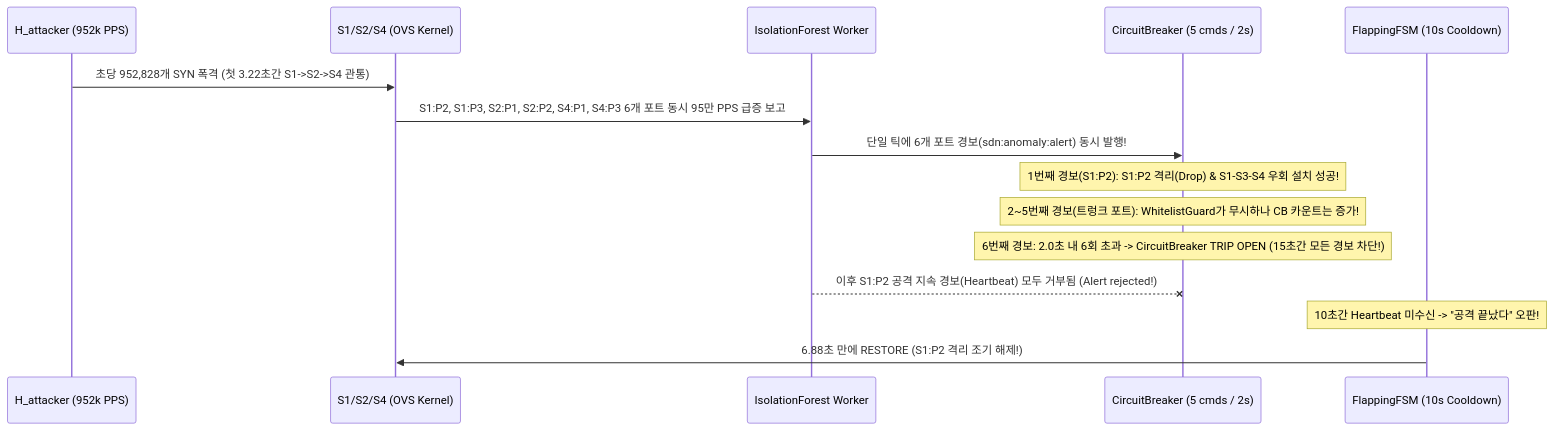
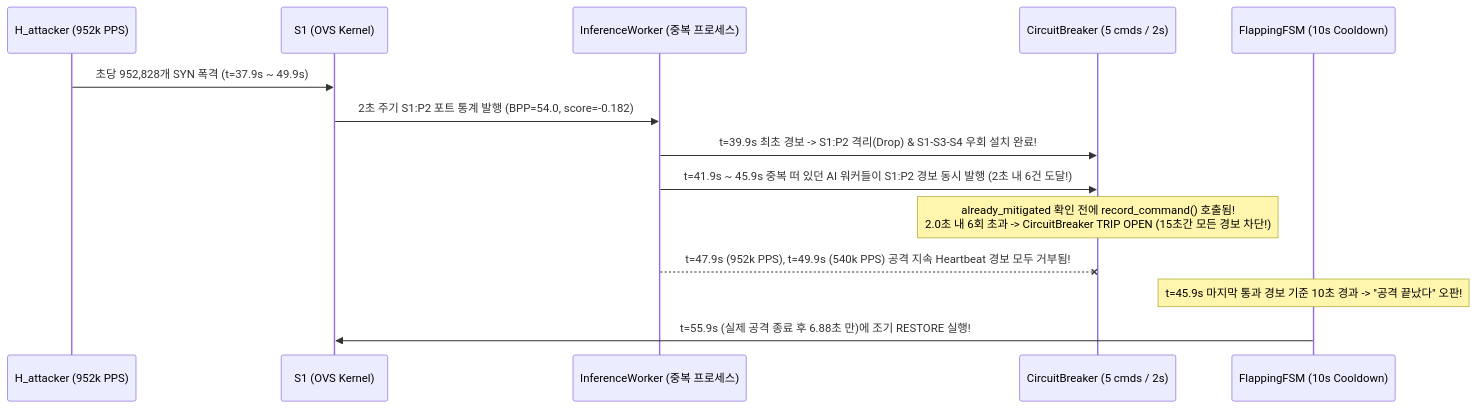
One commit to tlgus1841-ui/Graduation-Project-Design-Drawings changed the diagram in docs/writing/reports/verification/week16_stress_limit_test_report.md. Above: the diagram before and after it, drawn with Mermaid. The commit also changed other lines of this file and 2 other files, not shown here.

````diff
--- a/docs/writing/reports/verification/week16_stress_limit_test_report.md
+++ b/docs/writing/reports/verification/week16_stress_limit_test_report.md
@@ -96,18 +132,17 @@
 ```mermaid
 sequenceDiagram
     participant Attacker as H_attacker (952k PPS)
-    participant OVS as S1/S2/S4 (OVS Kernel)
-    participant AI as IsolationForest Worker
+    participant OVS as S1 (OVS Kernel)
+    participant AI as InferenceWorker (중복 프로세스)
     participant CB as CircuitBreaker (5 cmds / 2s)
     participant FSM as FlappingFSM (10s Cooldown)
 
-    Attacker->>OVS: 초당 952,828개 SYN 폭격 (첫 3.22초간 S1->S2->S4 관통)
-    OVS->>AI: S1:P2, S1:P3, S2:P1, S2:P2, S4:P1, S4:P3 6개 포트 동시 95만 PPS 급증 보고
-    AI->>CB: 단일 틱에 6개 포트 경보(sdn:anomaly:alert) 동시 발행!
-    Note over CB: 1번째 경보(S1:P2): S1:P2 격리(Drop) & S1-S3-S4 우회 설치 성공!
-    Note over CB: 2~5번째 경보(트렁크 포트): WhitelistGuard가 무시하나 CB 카운트는 증가!
-    Note over CB: 6번째 경보: 2.0초 내 6회 초과 -> CircuitBreaker TRIP OPEN (15초간 모든 경보 차단!)
-    AI--xCB: 이후 S1:P2 공격 지속 경보(Heartbeat) 모두 거부됨 (Alert rejected!)
-    Note over FSM: 10초간 Heartbeat 미수신 -> "공격 끝났다" 오판!
-    FSM->>OVS: 6.88초 만에 RESTORE (S1:P2 격리 조기 해제!)
+    Attacker->>OVS: 초당 952,828개 SYN 폭격 (t=37.9s ~ 49.9s)
+    OVS->>AI: 2초 주기 S1:P2 포트 통계 발행 (BPP=54.0, score=-0.182)
+    AI->>CB: t=39.9s 최초 경보 -> S1:P2 격리(Drop) & S1-S3-S4 우회 설치 완료!
+    AI->>CB: t=41.9s ~ 45.9s 중복 떠 있던 AI 워커들이 S1:P2 경보 동시 발행 (2초 내 6건 도달!)
+    Note over CB: already_mitigated 확인 전에 record_command() 호출됨!<br/>2.0초 내 6회 초과 -> CircuitBreaker TRIP OPEN (15초간 모든 경보 차단!)
+    AI--xCB: t=47.9s (952k PPS), t=49.9s (540k PPS) 공격 지속 Heartbeat 경보 모두 거부됨!
+    Note over FSM: t=45.9s 마지막 통과 경보 기준 10초 경과 -> "공격 끝났다" 오판!
+    FSM->>OVS: t=55.9s (실제 공격 종료 후 6.88초 만)에 조기 RESTORE 실행!
 ```
````
